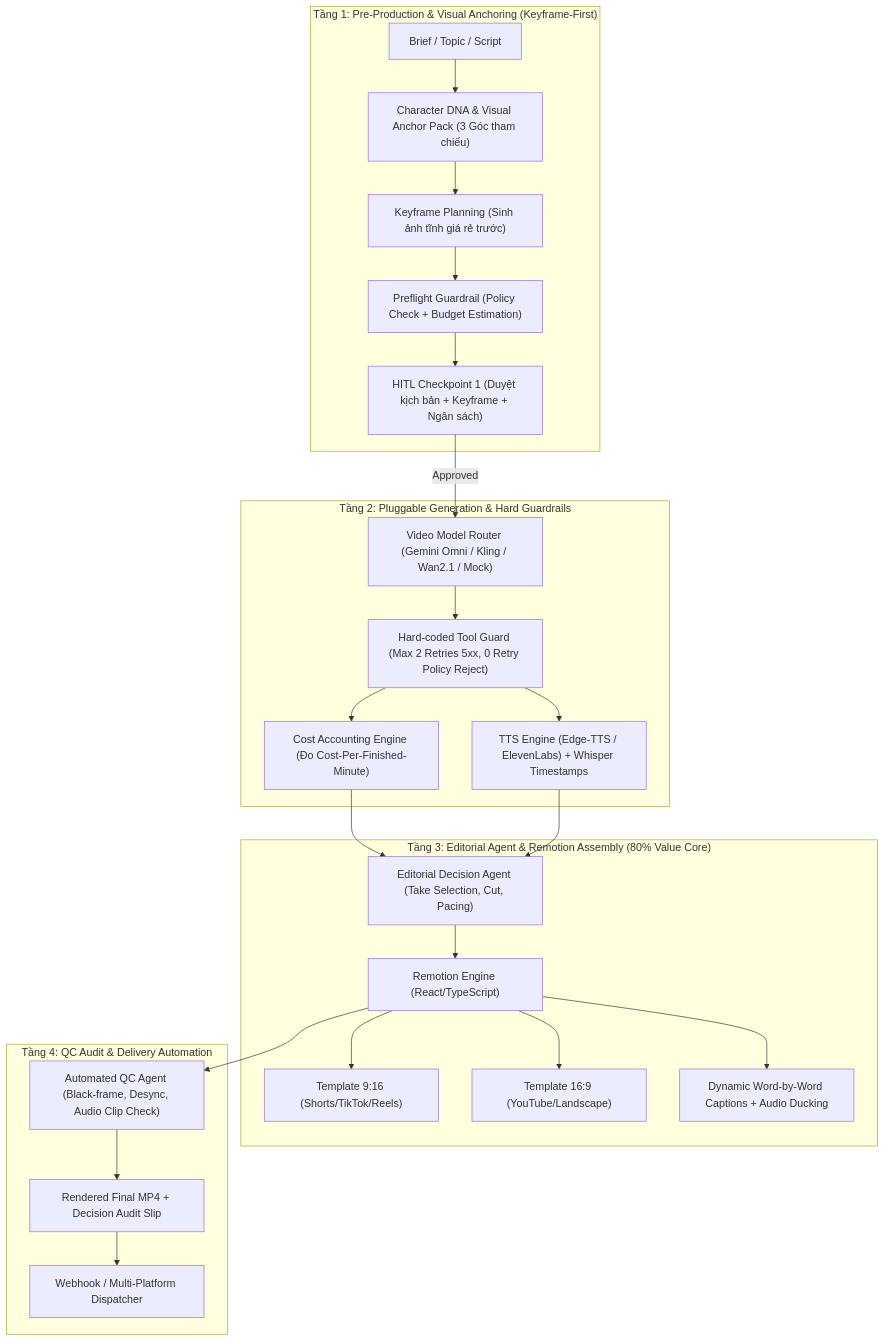
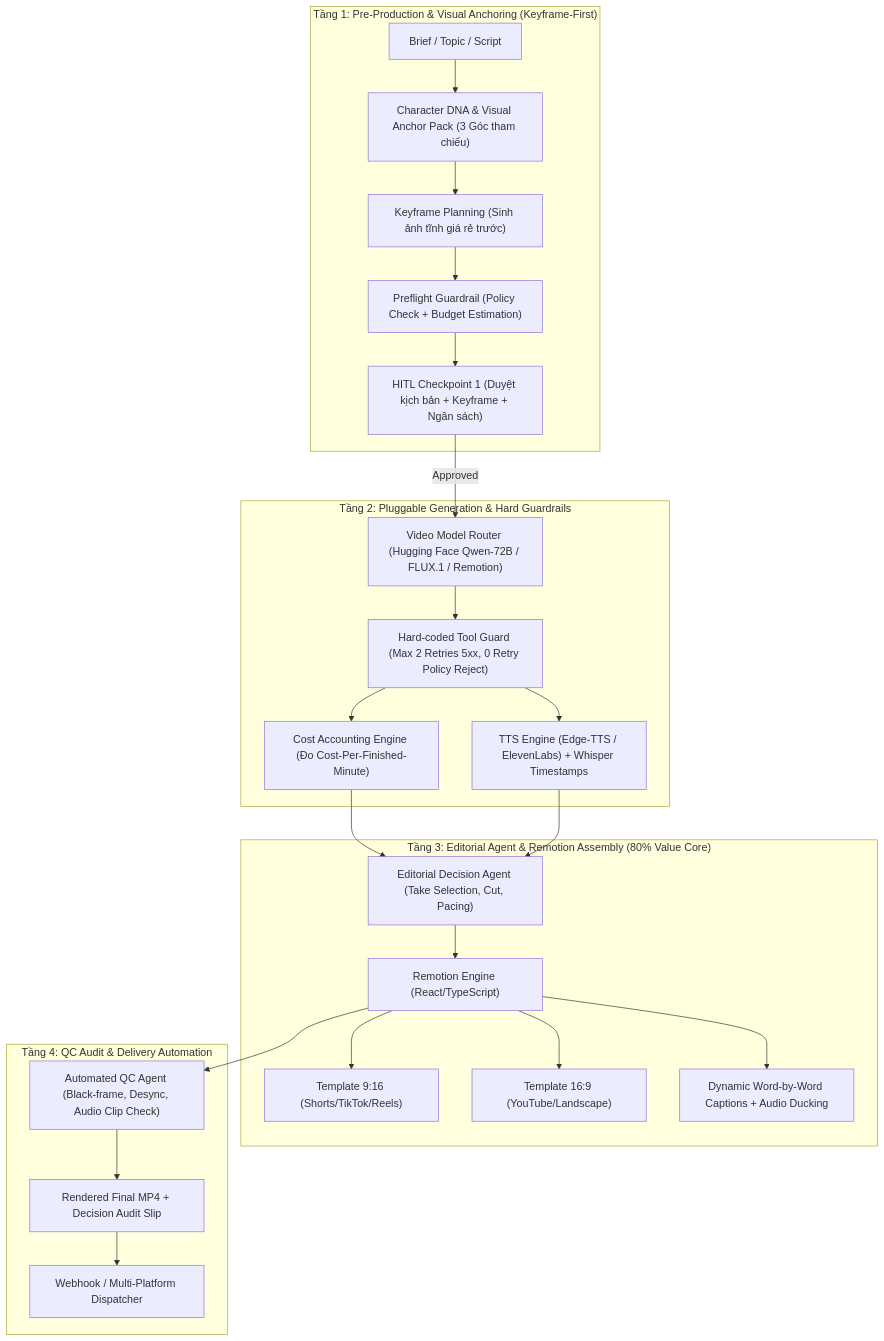
One commit to imtarget05/Video-Agent changed the diagram in docs/spec.md. Above: the diagram before and after it, drawn with Mermaid. The commit also changed other lines of this file and 6 other files, not shown here.

Commit message:
feat(hf): switch to 100% Hugging Face stack with Qwen-72B scriptwriting and FLUX.1, completely removing Gemini

````diff
--- a/docs/spec.md
+++ b/docs/spec.md
@@ -39,30 +39,30 @@
 ```mermaid
 flowchart TD
     subgraph Layer1 ["Tầng 1: Pre-Production & Visual Anchoring (Keyframe-First)"]
         Brief["Brief / Topic / Script"] --> DNA["Character DNA & Visual Anchor Pack (3 Góc tham chiếu)"]
         DNA --> Storyboard["Keyframe Planning (Sinh ảnh tĩnh giá rẻ trước)"]
         Storyboard --> Preflight["Preflight Guardrail (Policy Check + Budget Estimation)"]
         Preflight --> HITL["HITL Checkpoint 1 (Duyệt kịch bản + Keyframe + Ngân sách)"]
     end
 
     subgraph Layer2 ["Tầng 2: Pluggable Generation & Hard Guardrails"]
-        HITL -->|Approved| ModelRouter["Video Model Router (Gemini Omni / Kling / Wan2.1 / Mock)"]
+        HITL -->|Approved| ModelRouter["Video Model Router (Hugging Face Qwen-72B / FLUX.1 / Remotion)"]
         ModelRouter --> ToolGuard["Hard-coded Tool Guard (Max 2 Retries 5xx, 0 Retry Policy Reject)"]
         ToolGuard --> CostTracker["Cost Accounting Engine (Đo Cost-Per-Finished-Minute)"]
         ToolGuard --> TTS["TTS Engine (Edge-TTS / ElevenLabs) + Whisper Timestamps"]
     end
 
     subgraph Layer3 ["Tầng 3: Editorial Agent & Remotion Assembly (80% Value Core)"]
         CostTracker & TTS --> EditAgent["Editorial Decision Agent (Take Selection, Cut, Pacing)"]
         EditAgent --> Remotion["Remotion Engine (React/TypeScript)"]
         Remotion --> Template916["Template 9:16 (Shorts/TikTok/Reels)"]
         Remotion --> Template169["Template 16:9 (YouTube/Landscape)"]
         Remotion --> Subtitles["Dynamic Word-by-Word Captions + Audio Ducking"]
     end
 
     subgraph Layer4 ["Tầng 4: QC Audit & Delivery Automation"]
         Remotion --> QCAgent["Automated QC Agent (Black-frame, Desync, Audio Clip Check)"]
         QCAgent --> Output["Rendered Final MP4 + Decision Audit Slip"]
         Output --> Publish["Webhook / Multi-Platform Dispatcher"]
     end
 ```
````
